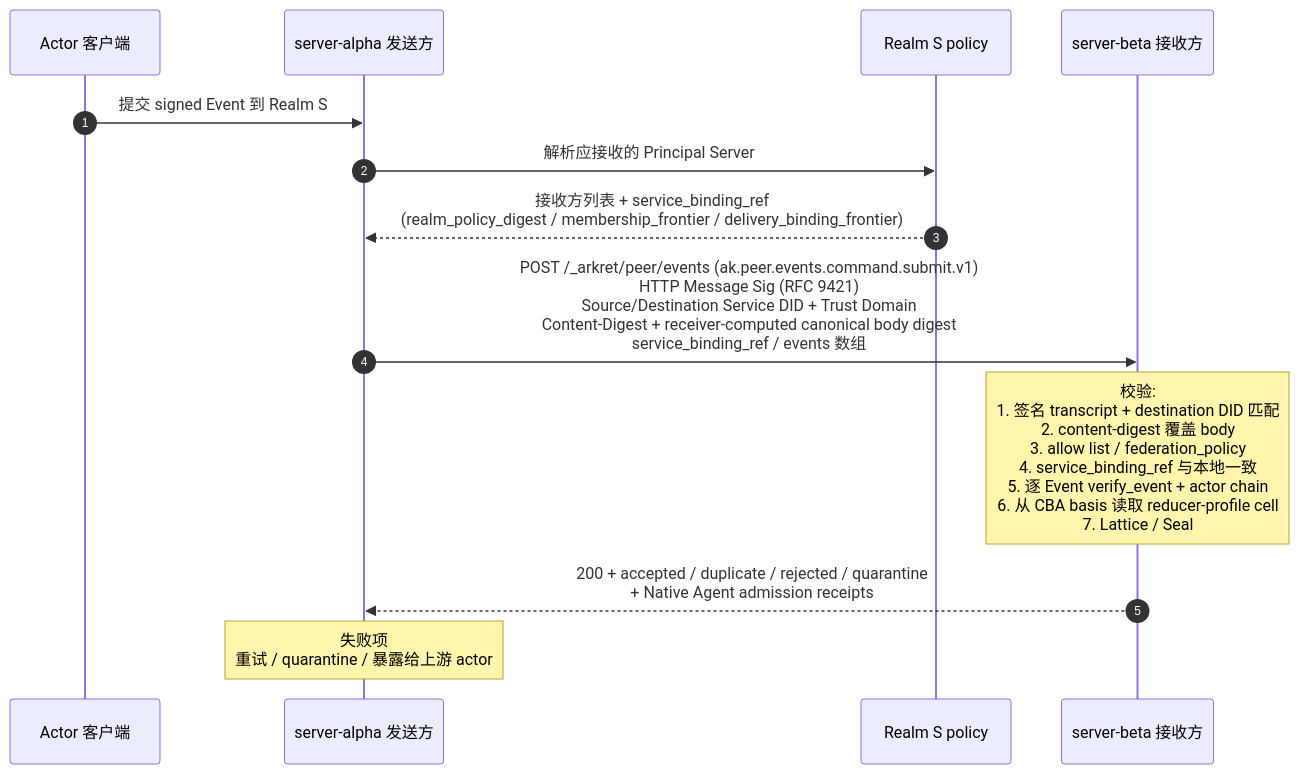
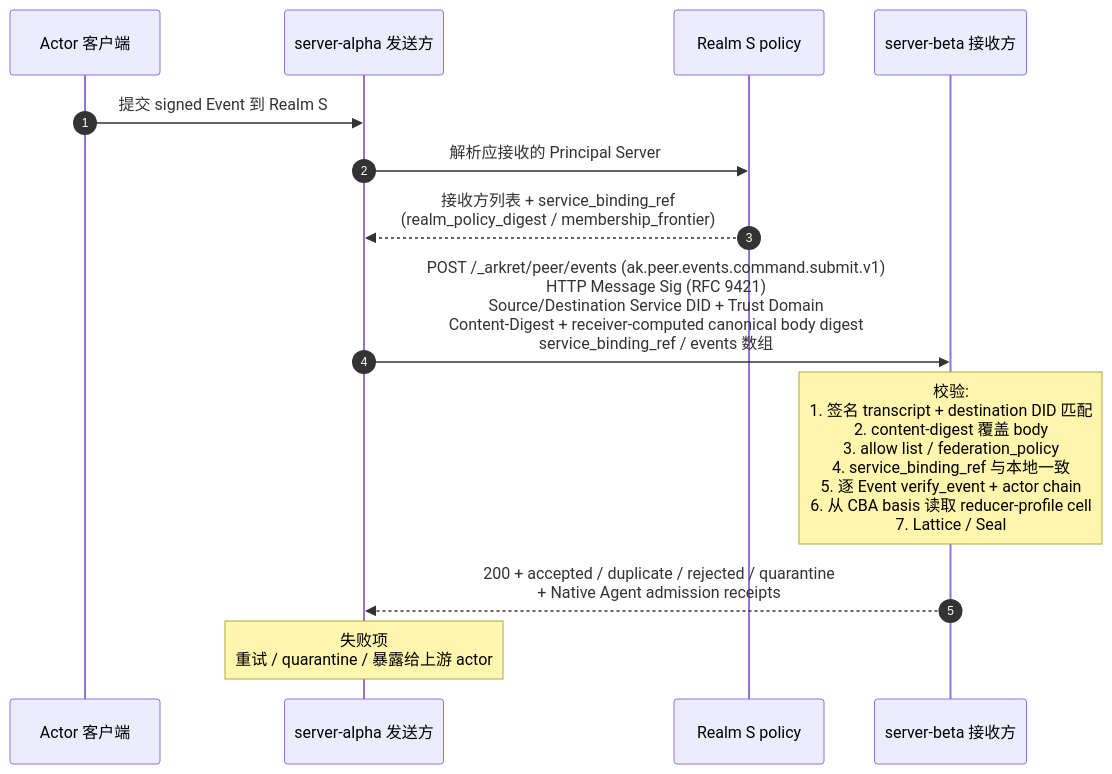
One commit to arkret-org/arkret-spec changed the diagram in spec/v1/zh/sync/federation.md. Above: the diagram before and after it, drawn with Mermaid. The commit also changed other lines of this file and 209 other files, not shown here.

````diff
--- a/spec/v1/zh/sync/federation.md
+++ b/spec/v1/zh/sync/federation.md
@@ -324,16 +322,16 @@
 ```mermaid
 sequenceDiagram
     autonumber
     participant Cli as Actor 客户端
     participant Alpha as server-alpha 发送方
     participant Pol as Realm S policy
     participant Beta as server-beta 接收方
 
     Cli->>Alpha: 提交 signed Event 到 Realm S
     Alpha->>Pol: 解析应接收的 Principal Server
-    Pol-->>Alpha: 接收方列表 + service_binding_ref<br>(realm_policy_digest / membership_frontier / delivery_binding_frontier)
+    Pol-->>Alpha: 接收方列表 + service_binding_ref<br>(realm_policy_digest / membership_frontier)
     Alpha->>Beta: POST /_arkret/peer/events (ak.peer.events.command.submit.v1)<br>HTTP Message Sig (RFC 9421)<br>Source/Destination Service DID + Trust Domain<br>Content-Digest + receiver-computed canonical body digest<br>service_binding_ref / events 数组
     note over Beta: 校验:<br>1. 签名 transcript + destination DID 匹配<br>2. content-digest 覆盖 body<br>3. allow list / federation_policy<br>4. service_binding_ref 与本地一致<br>5. 逐 Event verify_event + actor chain<br>6. 从 CBA basis 读取 reducer-profile cell<br>7. Lattice / Seal
     Beta-->>Alpha: 200 + accepted / duplicate / rejected / quarantine<br>+ Native Agent admission receipts
     note over Alpha: 失败项<br>重试 / quarantine / 暴露给上游 actor
 ```
````
